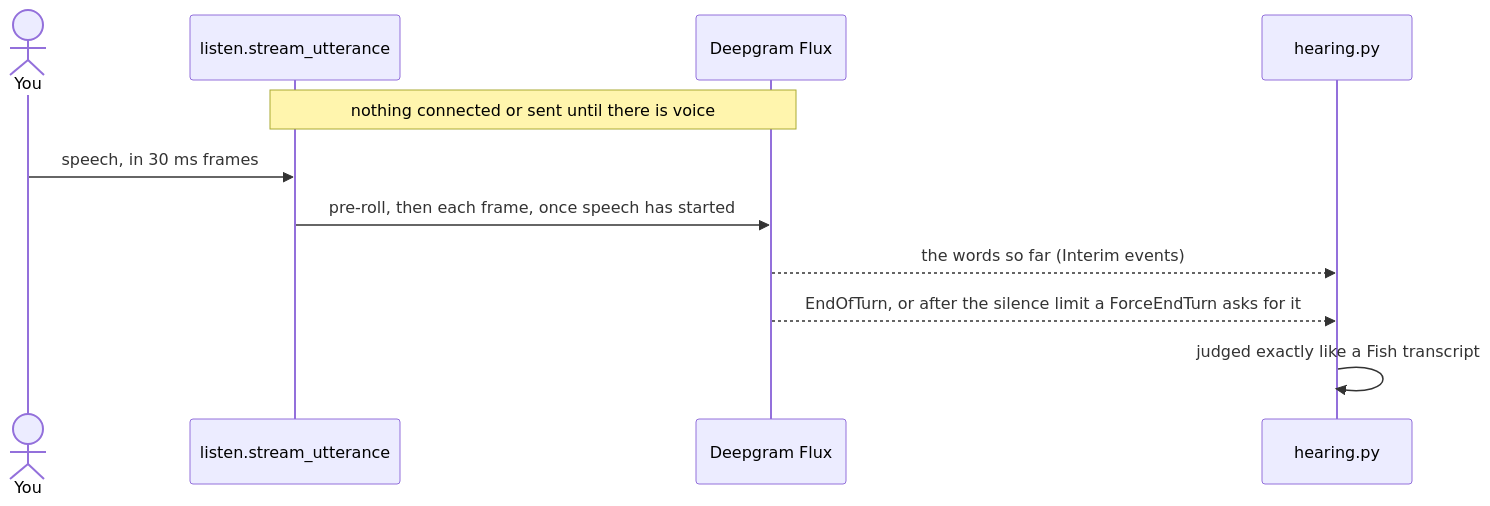
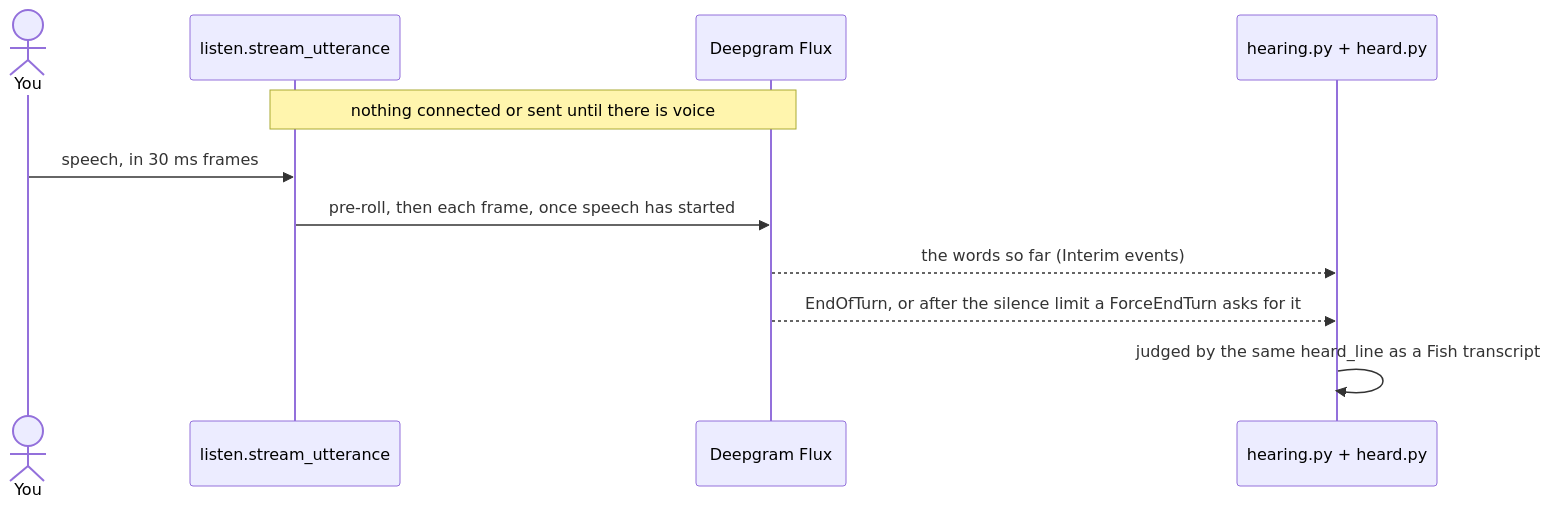
The third of 4 diagrams in docs/ARCHITECTURE.md (kzndotsh/fish-audio-suite), drawn with Mermaid before and after one commit. The commit also changed other lines of this file and 40 other files, not shown here.

````diff
--- a/docs/ARCHITECTURE.md
+++ b/docs/ARCHITECTURE.md
@@ -100,14 +100,14 @@
 ```mermaid
 sequenceDiagram
     actor You
     participant Mic as listen.stream_utterance
     participant Flux as Deepgram Flux
-    participant Hear as hearing.py
+    participant Hear as hearing.py + heard.py
 
     Note over Mic,Flux: nothing connected or sent until there is voice
     You->>Mic: speech, in 30 ms frames
     Mic->>Flux: pre-roll, then each frame, once speech has started
     Flux-->>Hear: the words so far (Interim events)
     Flux-->>Hear: EndOfTurn, or after the silence limit a ForceEndTurn asks for it
-    Hear->>Hear: judged exactly like a Fish transcript
+    Hear->>Hear: judged by the same heard_line as a Fish transcript
 ```
````
